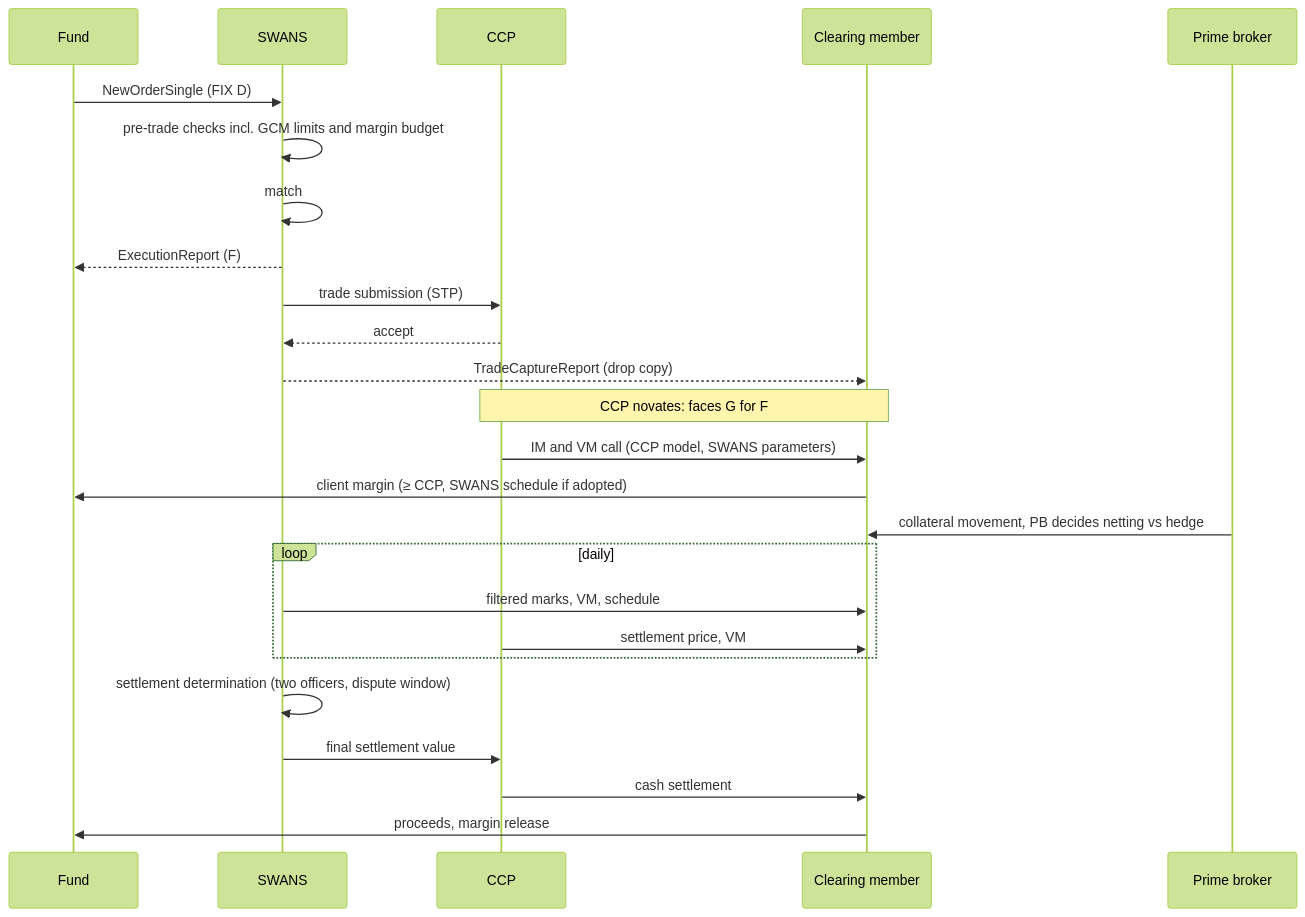
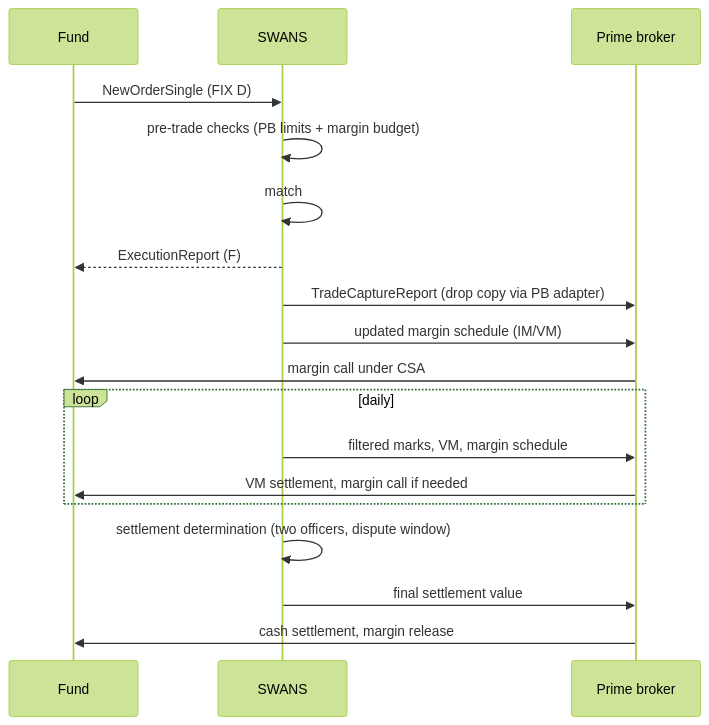
The second of 7 diagrams in docs/diagrams.md (LevonDerma1221/swans-docs), drawn with Mermaid (forest theme) before and after one commit. The commit also changed other lines of this file and 34 other files, not shown here.

First line of the commit message:
Bilateral/PB launch model: replace CCP with prime broker throughout

````diff
--- a/docs/diagrams.md
+++ b/docs/diagrams.md
@@ -60,27 +55,20 @@
 ```mermaid
 sequenceDiagram
   participant F as Fund
   participant S as SWANS
-  participant C as CCP
-  participant G as Clearing member
   participant P as Prime broker
   F->>S: NewOrderSingle (FIX D)
-  S->>S: pre-trade checks incl. GCM limits and margin budget
+  S->>S: pre-trade checks (PB limits + margin budget)
   S->>S: match
   S-->>F: ExecutionReport (F)
-  S->>C: trade submission (STP)
-  C-->>S: accept
-  S-->>G: TradeCaptureReport (drop copy)
-  Note over C,G: CCP novates: faces G for F
-  C->>G: IM and VM call (CCP model, SWANS parameters)
-  G->>F: client margin (≥ CCP, SWANS schedule if adopted)
-  P->>G: collateral movement, PB decides netting vs hedge
+  S->>P: TradeCaptureReport (drop copy via PB adapter)
+  S->>P: updated margin schedule (IM/VM)
+  P->>F: margin call under CSA
   loop daily
-    S->>G: filtered marks, VM, schedule
-    C->>G: settlement price, VM
+    S->>P: filtered marks, VM, margin schedule
+    P->>F: VM settlement, margin call if needed
   end
   S->>S: settlement determination (two officers, dispute window)
-  S->>C: final settlement value
-  C->>G: cash settlement
-  G->>F: proceeds, margin release
+  S->>P: final settlement value
+  P->>F: cash settlement, margin release
 ```
````
